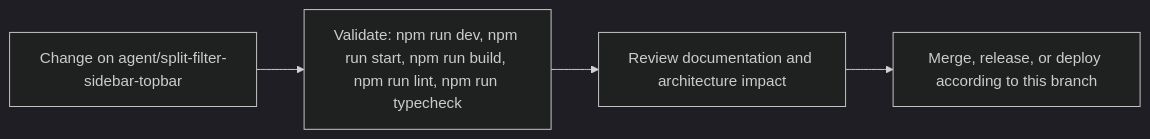
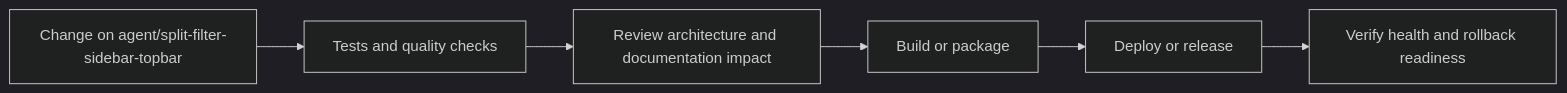
The fourth of 5 diagrams in README.md (Nischhalsubba/BindForge-NW), drawn with Mermaid (dark theme) before and after one commit. The commit also changed other lines of this file, not shown here.

````diff
--- a/README.md
+++ b/README.md
@@ -72,8 +148,8 @@
 ```mermaid
 flowchart LR
-    CHANGE["Change on agent/split-filter-sidebar-topbar"]
-    CHECK["Validate: npm run dev, npm run start, npm run build, npm run lint, npm run typecheck"]
-    REVIEW["Review documentation and architecture impact"]
-    RELEASE["Merge, release, or deploy according to this branch"]
-    CHANGE --> CHECK --> REVIEW --> RELEASE
+    CHANGE["Change on agent/split-filter-sidebar-topbar"] --> CHECK["Tests and quality checks"]
+    CHECK --> REVIEW["Review architecture and documentation impact"]
+    REVIEW --> BUILD["Build or package"]
+    BUILD --> DEPLOY["Deploy or release"]
+    DEPLOY --> VERIFY["Verify health and rollback readiness"]
 ```
````
